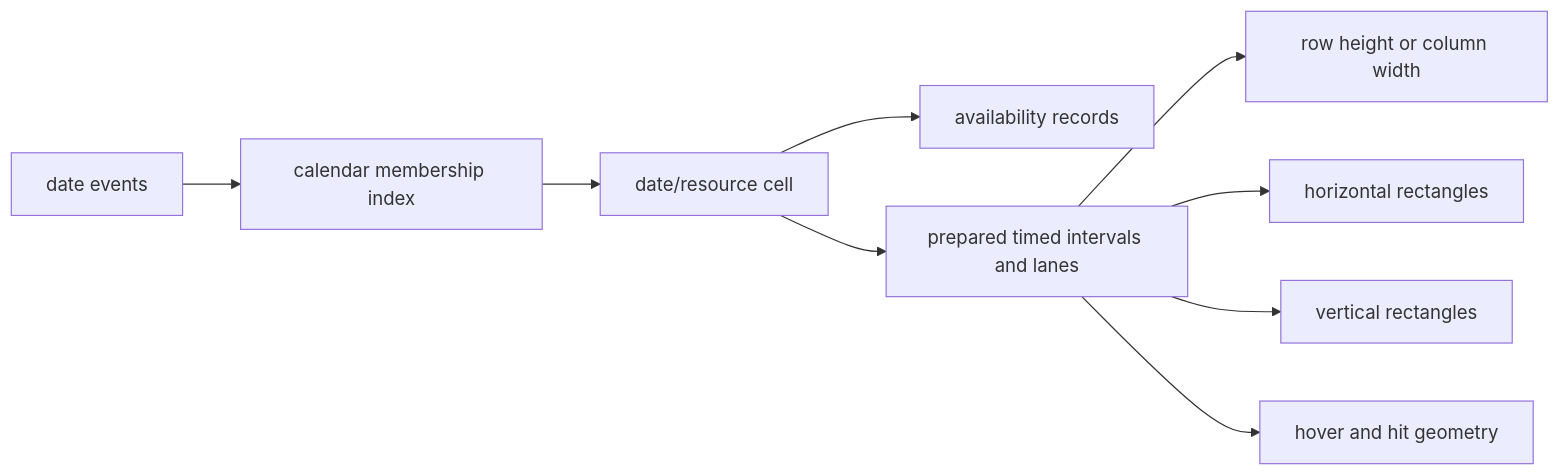
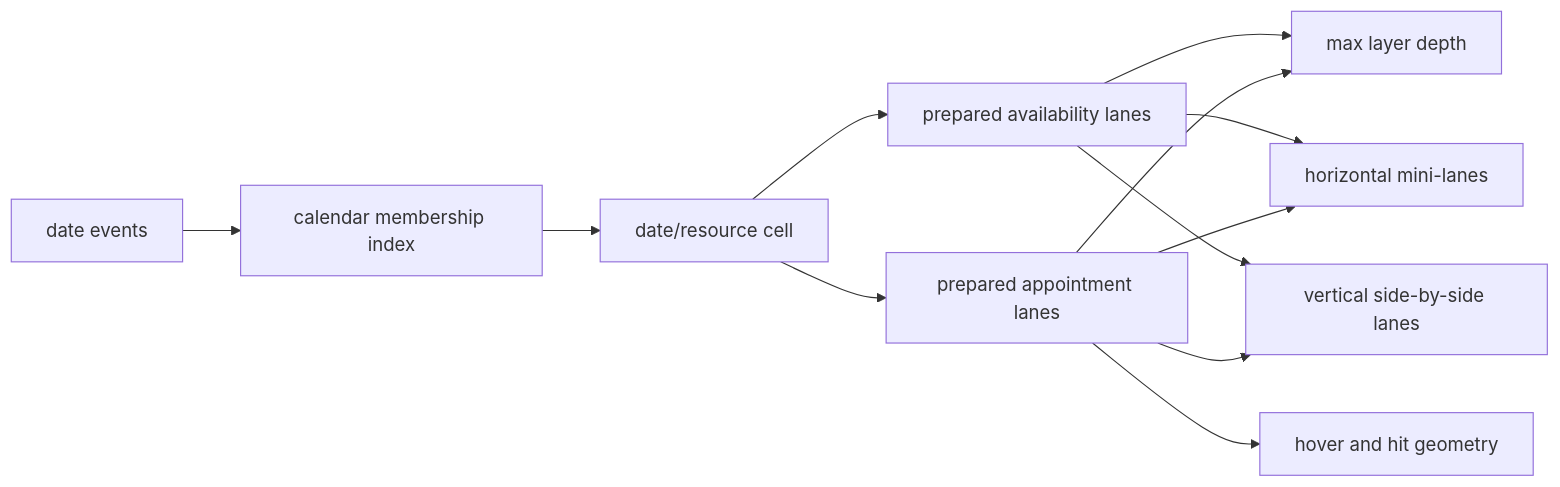
Before and after one commit to junomedical/quno-calendar: the sixth of 11 diagrams in docs/infinite-calendar/architecture.md, drawn with Mermaid. The commit also changed other lines of this file and 82 other files, not shown here.

````diff
--- a/docs/infinite-calendar/architecture.md
+++ b/docs/infinite-calendar/architecture.md
@@ -260,11 +262,14 @@
 ```mermaid
 flowchart LR
   Events["date events"] --> Membership["calendar membership index"]
   Membership --> Cell["date/resource cell"]
-  Cell --> Availability["availability records"]
-  Cell --> Prepared["prepared timed intervals and lanes"]
-  Prepared --> Metrics["row height or column width"]
-  Prepared --> Horizontal["horizontal rectangles"]
-  Prepared --> Vertical["vertical rectangles"]
+  Cell --> Availability["prepared availability lanes"]
+  Cell --> Prepared["prepared appointment lanes"]
+  Availability --> Metrics["max layer depth"]
+  Prepared --> Metrics
+  Availability --> Horizontal["horizontal mini-lanes"]
+  Availability --> Vertical["vertical side-by-side lanes"]
+  Prepared --> Horizontal
+  Prepared --> Vertical
   Prepared --> Hit["hover and hit geometry"]
 ```
````
